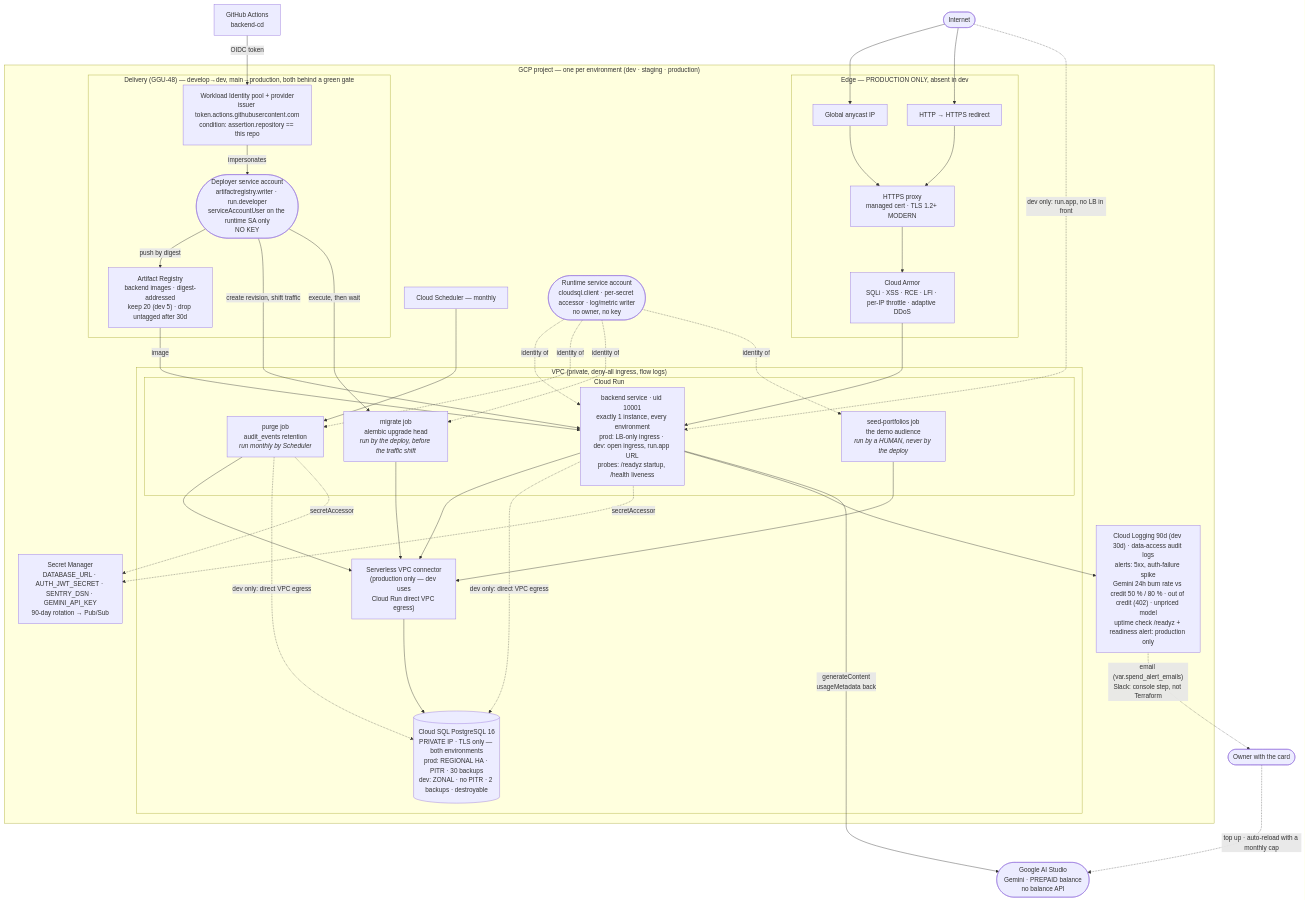
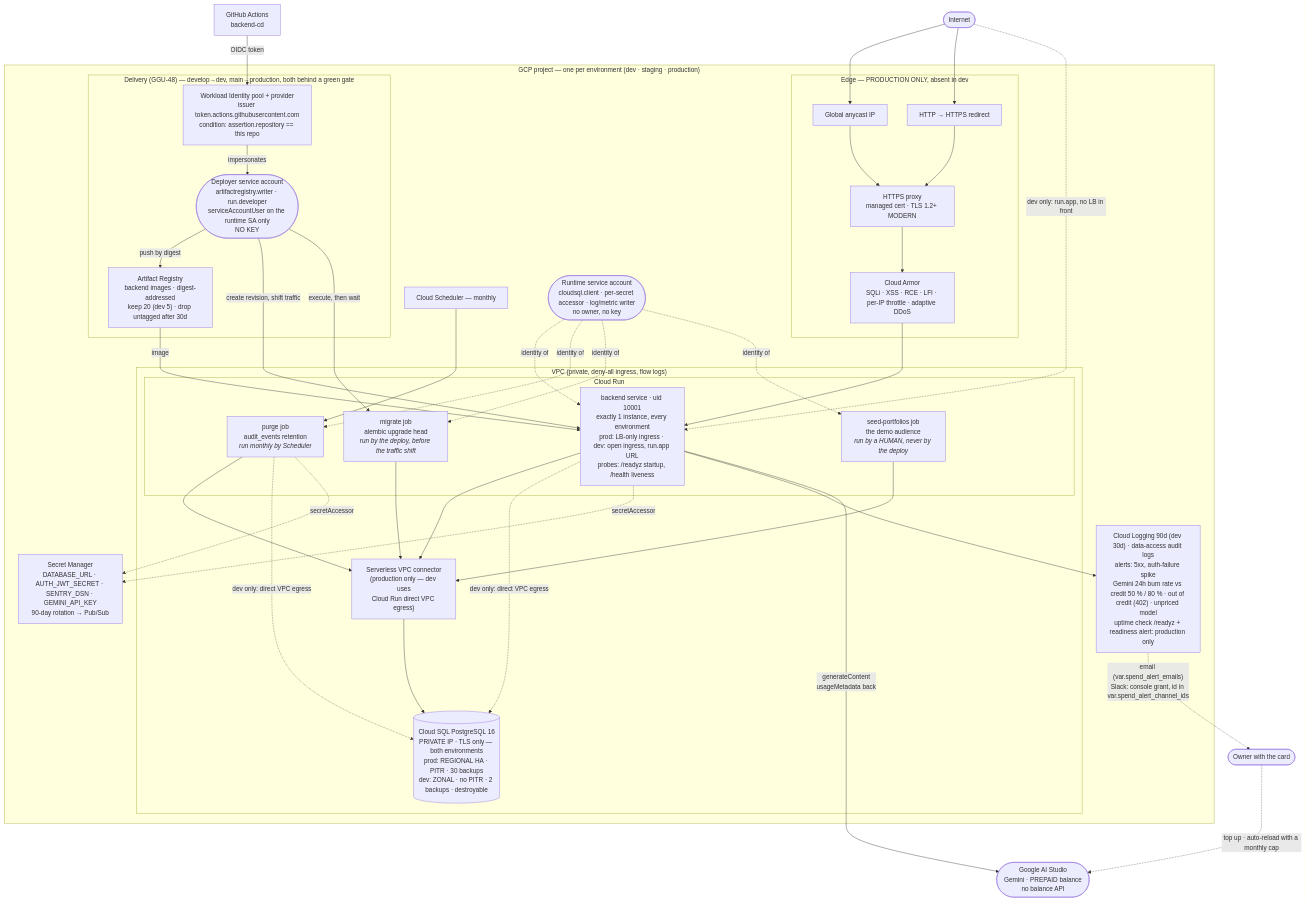
One commit to somnio-projects/finance-google-a2ui changed the diagram in docs/diagrams/08-infrastructure.md. Above: the diagram before and after it, drawn with Mermaid. The commit also changed 6 other files, not shown here.

First line of the commit message:
feat(infra): GGU-167 — Gemini spend alerts can notify an existing Slack channel

```diff
--- a/docs/diagrams/08-infrastructure.md
+++ b/docs/diagrams/08-infrastructure.md
@@ -55,7 +55,7 @@
     svc --> obs
     aistudio(["Google AI Studio<br/>Gemini · PREPAID balance<br/>no balance API"])
     svc -->|"generateContent<br/>usageMetadata back"| aistudio
-    obs -. "email (var.spend_alert_emails)<br/>Slack: console step, not Terraform" .-> human(["Owner with the card"])
+    obs -. "email (var.spend_alert_emails)<br/>Slack: console grant, id in var.spend_alert_channel_ids" .-> human(["Owner with the card"])
     human -. "top up · auto-reload with a monthly cap" .-> aistudio
     sa -.->|"identity of"| svc
     sa -.->|"identity of"| job
@@ -66,7 +66,8 @@
     %% The Gemini alerts read OUR estimate (agent.turn estimated_cost_usd,
     %% backend spec 0058), never the real balance: AI Studio has no balance API
     %% for a prepaid key. The edges to the owner are dashed because the email
-    %% list defaults to empty and Slack needs a human OAuth grant.
+    %% list defaults to empty and Slack needs a human OAuth grant (its token never
+    %% enters Terraform: only the channel id does, specs/infra/0007).
     %% Everything here is Terraform: infra/{network,database,secrets,iam,run,edge,observability,gemini_spend,delivery}.tf
     %% trivy config: 0 misconfigurations. Apply is GGU-29.
     %% The edge subgraph and the connector are counted out of dev by local.ephemeral
```
